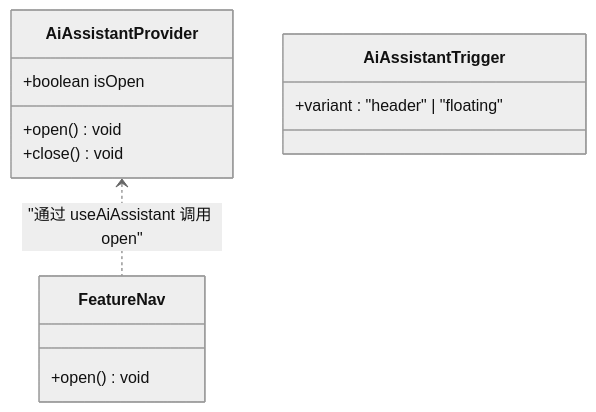
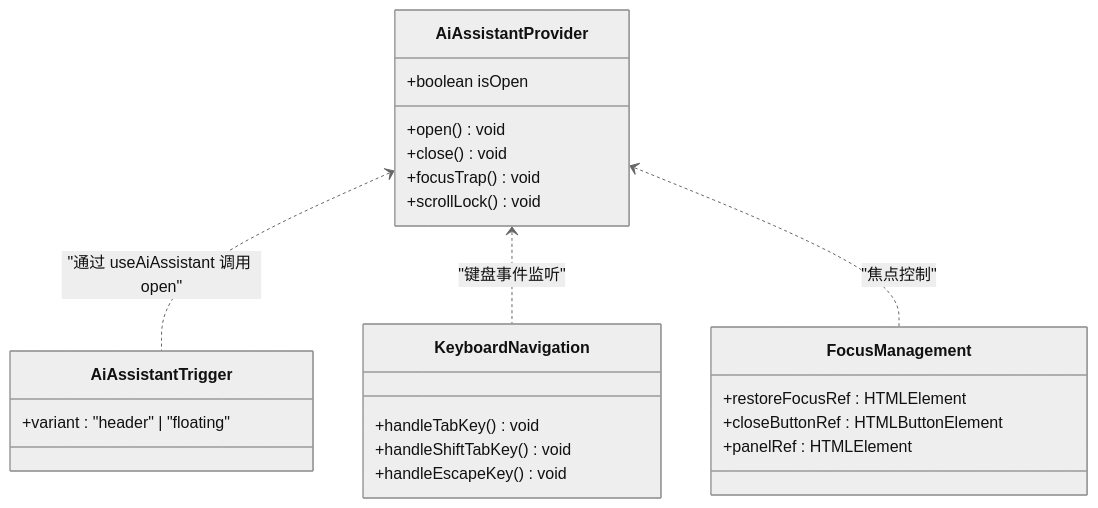
Before and after one commit to luyitiger6/my-first-project: the sixth of 11 diagrams in .qoder/repowiki/zh/content/规格驱动开发/WanderChain 首页规格文档.md, drawn with Mermaid (neutral theme). The commit also changed other lines of this file and 32 other files, not shown here.

````diff
--- a/.qoder/repowiki/zh/content/规格驱动开发/WanderChain 首页规格文档.md
+++ b/.qoder/repowiki/zh/content/规格驱动开发/WanderChain 首页规格文档.md
@@ -244,15 +262,26 @@
 ```mermaid
 classDiagram
 class AiAssistantProvider {
 +boolean isOpen
 +open() void
 +close() void
++focusTrap() void
++scrollLock() void
 }
 class AiAssistantTrigger {
 +variant : "header" | "floating"
 }
-class FeatureNav {
-+open() void
+class KeyboardNavigation {
++handleTabKey() void
++handleShiftTabKey() void
++handleEscapeKey() void
 }
-AiAssistantProvider <.. FeatureNav : "通过 useAiAssistant 调用 open"
+class FocusManagement {
++restoreFocusRef : HTMLElement
++closeButtonRef : HTMLButtonElement
++panelRef : HTMLElement
+}
+AiAssistantProvider <.. AiAssistantTrigger : "通过 useAiAssistant 调用 open"
+AiAssistantProvider <.. KeyboardNavigation : "键盘事件监听"
+AiAssistantProvider <.. FocusManagement : "焦点控制"
 ```
````
